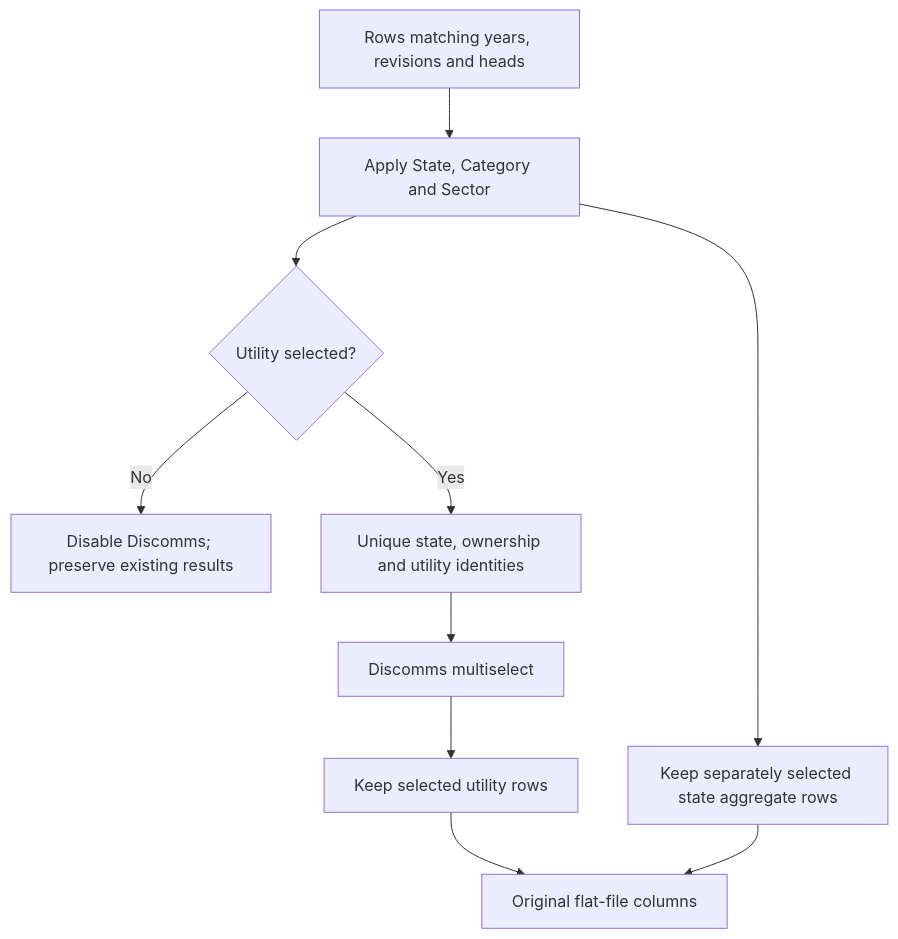
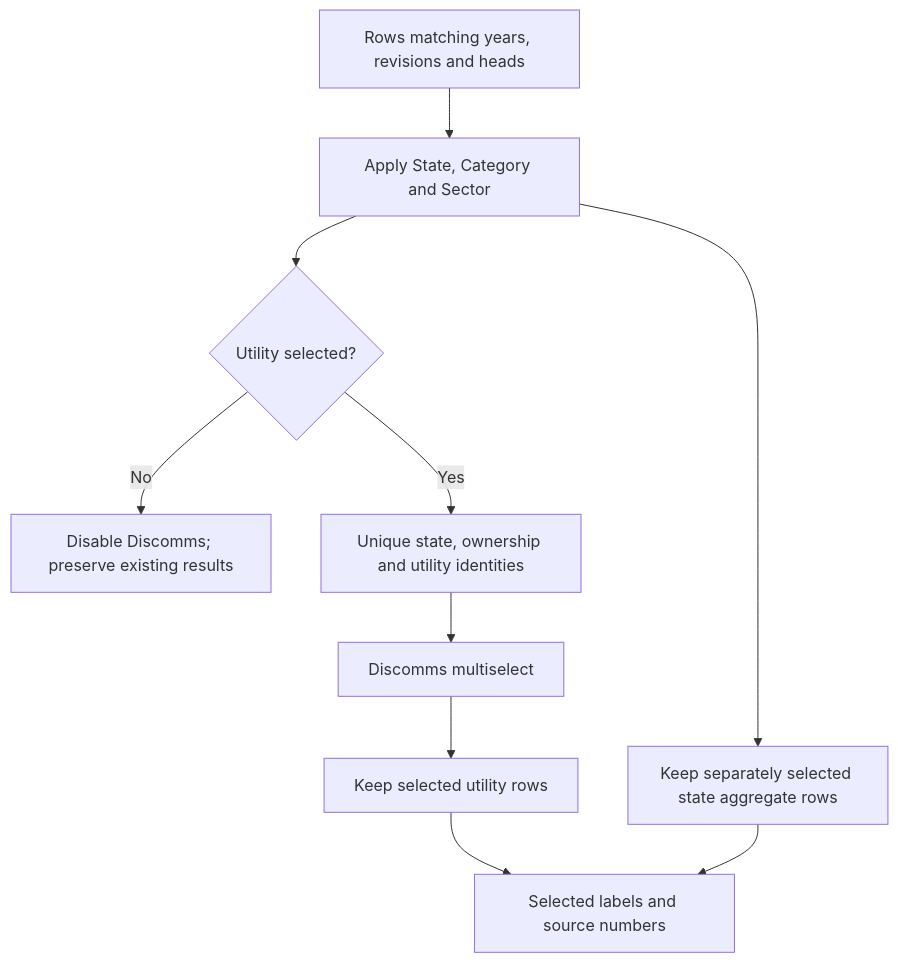
One commit to Ribhu-bhardwaj/Open-PFC changed the second of 3 diagrams in dashboard/decision.md. Above: the diagram before and after it, drawn with Mermaid. The commit also changed other lines of this file and 3 other files, not shown here.

Commit message:
Show only selected labels and source numbers in results

````diff
--- a/dashboard/decision.md
+++ b/dashboard/decision.md
@@ -129,12 +129,12 @@
 ```mermaid
 flowchart TD
     A[Rows matching years, revisions and heads] --> B[Apply State, Category and Sector]
     B --> C{Utility selected?}
     C -->|No| D[Disable Discomms; preserve existing results]
     C -->|Yes| E[Unique state, ownership and utility identities]
     E --> F[Discomms multiselect]
     F --> G[Keep selected utility rows]
     B --> H[Keep separately selected state aggregate rows]
-    G --> I[Original flat-file columns]
+    G --> I[Selected labels and source numbers]
     H --> I
 ```
````
